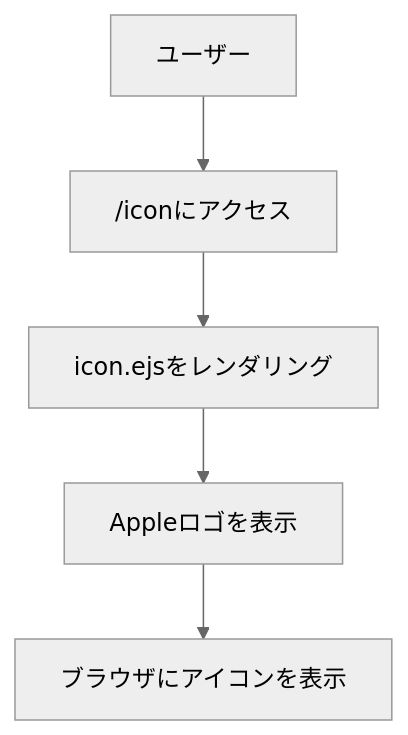
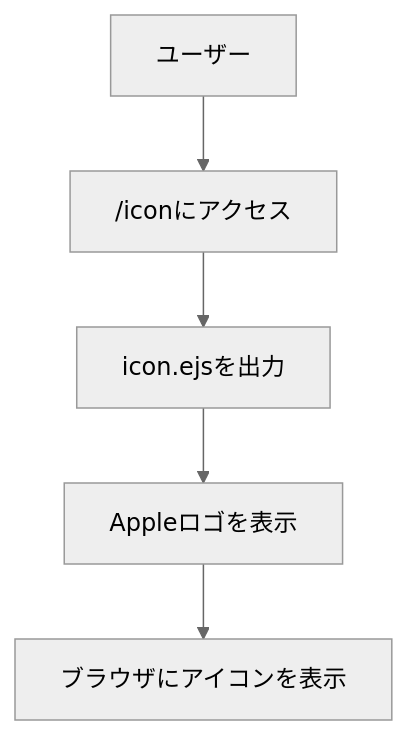
One commit to OzekiSouichirou/webpro_06 changed the second of 6 diagrams in README.md. Above: the diagram before and after it, drawn with Mermaid (neutral theme). The commit also changed other lines of this file and 1 other file, not shown here.

````diff
--- a/README.md
+++ b/README.md
@@ -82,7 +82,7 @@
 ```mermaid
 flowchart TD;
 ユーザー --> /iconにアクセス;
-/iconにアクセス --> icon.ejsをレンダリング;
-icon.ejsをレンダリング --> Appleロゴを表示;
+/iconにアクセス --> icon.ejsを出力;
+icon.ejsを出力 --> Appleロゴを表示;
 Appleロゴを表示 --> ブラウザにアイコンを表示;
 ```
````
